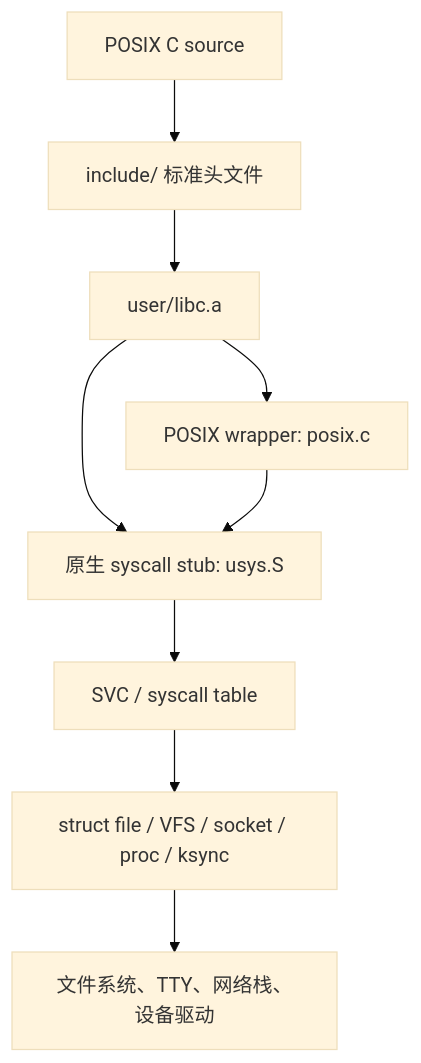
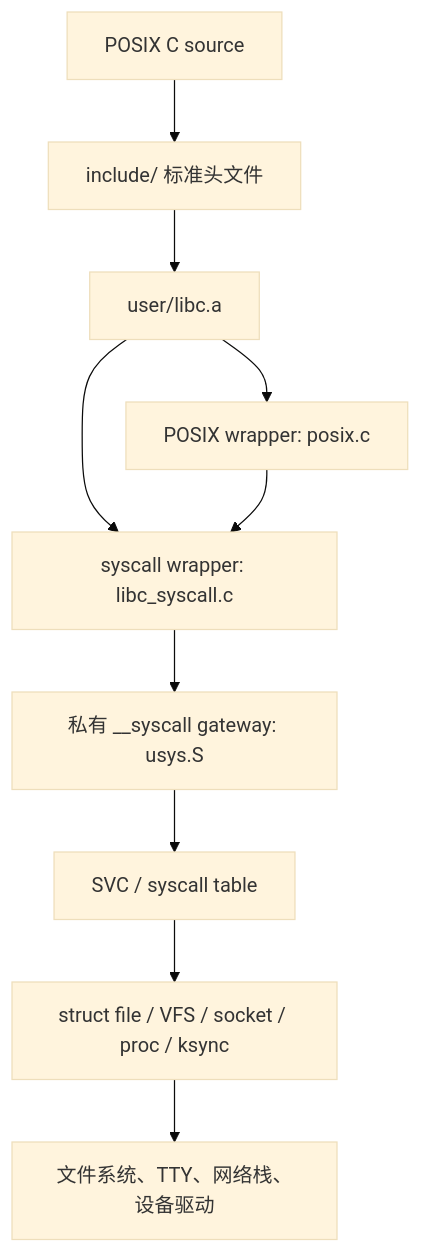
Before and after one commit to jimingkang/xv6-aarch64: the first of 2 diagrams in readme/readme_posix.md, drawn with Mermaid (base theme). The commit also changed other lines of this file and 185 other files, not shown here.

````diff
--- a/readme/readme_posix.md
+++ b/readme/readme_posix.md
@@ -7,11 +7,12 @@
 ```mermaid
 flowchart TD
     A[POSIX C source] --> B[include/ 标准头文件]
     B --> C[user/libc.a]
     C --> D[POSIX wrapper: posix.c]
-    C --> E[原生 syscall stub: usys.S]
+    C --> E[syscall wrapper: libc_syscall.c]
     D --> E
-    E --> F[SVC / syscall table]
-    F --> G[struct file / VFS / socket / proc / ksync]
-    G --> H[文件系统、TTY、网络栈、设备驱动]
+    E --> F[私有 __syscall gateway: usys.S]
+    F --> G[SVC / syscall table]
+    G --> H[struct file / VFS / socket / proc / ksync]
+    H --> I[文件系统、TTY、网络栈、设备驱动]
 ```
````
